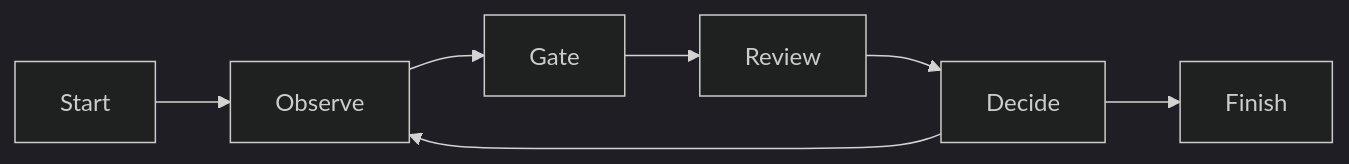
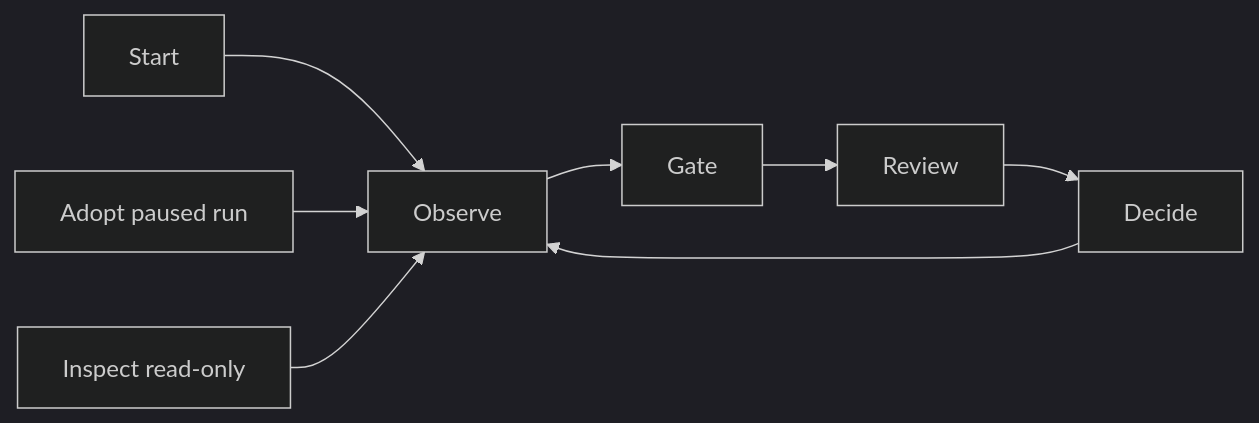
Before and after one commit to markuswondrak/spec-kit-workflow-cockpit: the diagram in docs/architecture/01-introduction-and-goals.md, drawn with Mermaid (dark theme). The commit also changed other lines of this file and 48 other files, not shown here.

````diff
--- a/docs/architecture/01-introduction-and-goals.md
+++ b/docs/architecture/01-introduction-and-goals.md
@@ -17,9 +18,10 @@
 ```mermaid
 flowchart LR
     start[Start] --> observe[Observe]
+    adopt[Adopt paused run] --> observe
+    inspect[Inspect read-only] --> observe
     observe --> gate[Gate]
     gate --> review[Review]
     review --> decide[Decide]
     decide --> observe
-    decide --> finish[Finish]
 ```
````
